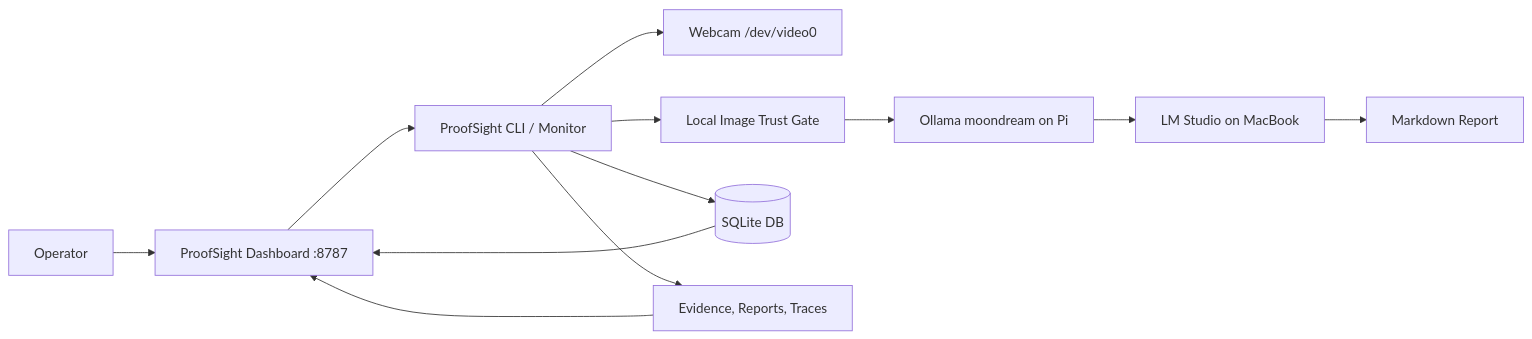
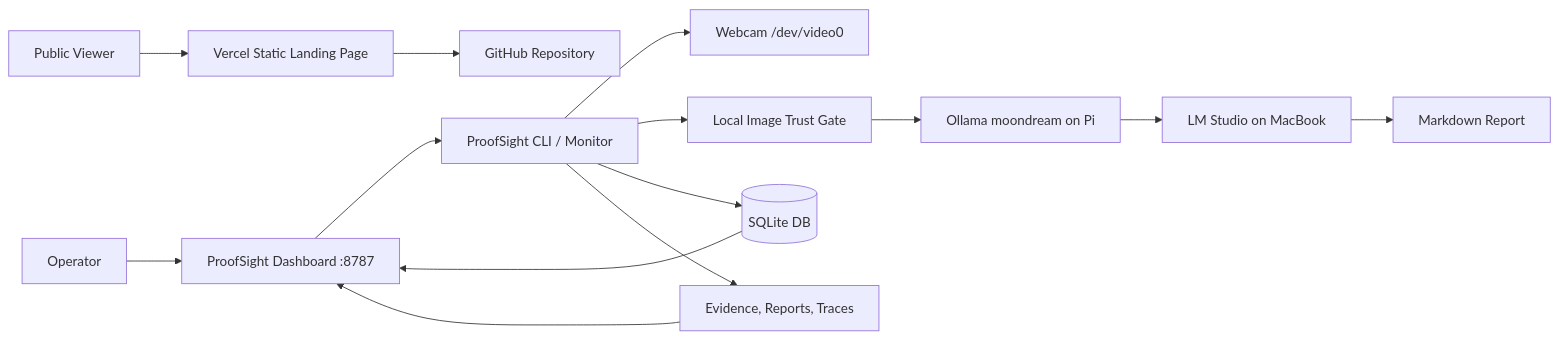
Before and after one commit to MasteraSnackin/ProofSight: the diagram in README.md, drawn with Mermaid. The commit also changed other lines of this file and 1 other file, not shown here.

Commit message:
Refresh README and architecture docs

````diff
--- a/README.md
+++ b/README.md
@@ -67,14 +70,16 @@
 ```mermaid
 flowchart LR
   Operator[Operator] --> Dashboard[ProofSight Dashboard :8787]
   Dashboard --> Agent[ProofSight CLI / Monitor]
   Agent --> Camera[Webcam /dev/video0]
   Agent --> Gate[Local Image Trust Gate]
   Gate --> Vision[Ollama moondream on Pi]
   Vision --> Reasoning[LM Studio on MacBook]
   Reasoning --> Report[Markdown Report]
   Agent --> Store[(SQLite DB)]
   Agent --> Files[Evidence, Reports, Traces]
   Files --> Dashboard
   Store --> Dashboard
+  Public[Public Viewer] --> Vercel[Vercel Static Landing Page]
+  Vercel --> Repo[GitHub Repository]
 ```
````
